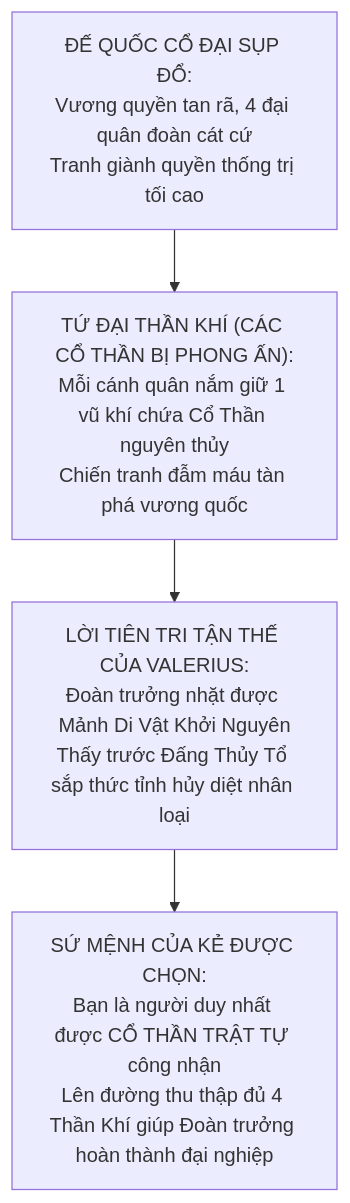
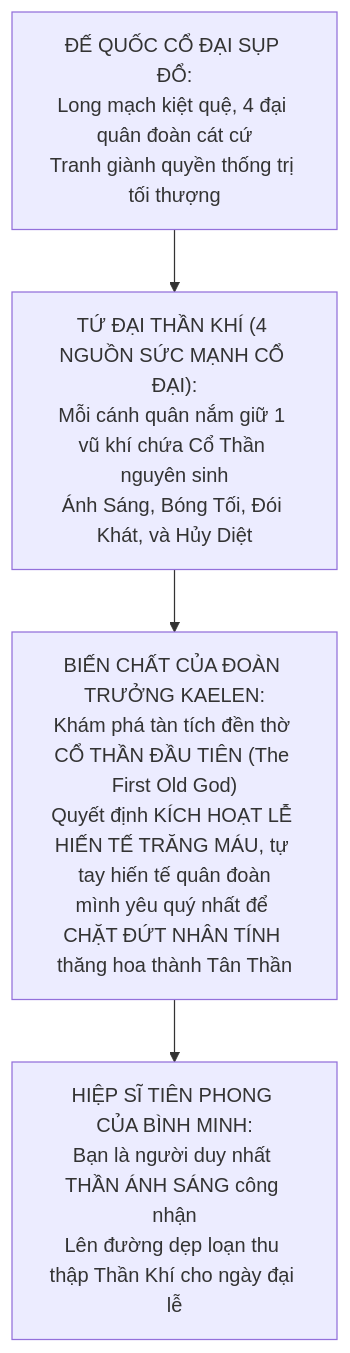
The first of 4 diagrams in KICH_BAN_VA_COT_TRUYEN.md (FPTU-Felix/GODSHACKLE), drawn with Mermaid before and after one commit. The commit also changed other lines of this file and 5 other files, not shown here.

````diff
--- a/KICH_BAN_VA_COT_TRUYEN.md
+++ b/KICH_BAN_VA_COT_TRUYEN.md
@@ -14,7 +14,7 @@
 ```mermaid
 flowchart TD
-    A["ĐẾ QUỐC CỔ ĐẠI SỤP ĐỔ:\nVương quyền tan rã, 4 đại quân đoàn cát cứ\nTranh giành quyền thống trị tối cao"] 
-    --> B["TỨ ĐẠI THẦN KHÍ (CÁC CỔ THẦN BỊ PHONG ẤN):\nMỗi cánh quân nắm giữ 1 vũ khí chứa Cổ Thần nguyên thủy\nChiến tranh đẫm máu tàn phá vương quốc"]
-    B --> C["LỜI TIÊN TRI TẬN THẾ CỦA VALERIUS:\nĐoàn trưởng nhặt được Mảnh Di Vật Khởi Nguyên\nThấy trước Đấng Thủy Tổ sắp thức tỉnh hủy diệt nhân loại"]
-    C --> D["SỨ MỆNH CỦA KẺ ĐƯỢC CHỌN:\nBạn là người duy nhất được CỔ THẦN TRẬT TỰ công nhận\nLên đường thu thập đủ 4 Thần Khí giúp Đoàn trưởng hoàn thành đại nghiệp"]
+    A["ĐẾ QUỐC CỔ ĐẠI SỤP ĐỔ:\nLong mạch kiệt quệ, 4 đại quân đoàn cát cứ\nTranh giành quyền thống trị tối thượng"] 
+    --> B["TỨ ĐẠI THẦN KHÍ (4 NGUỒN SỨC MẠNH CỔ ĐẠI):\nMỗi cánh quân nắm giữ 1 vũ khí chứa Cổ Thần nguyên sinh\nÁnh Sáng, Bóng Tối, Đói Khát, và Hủy Diệt"]
+    B --> C["BIẾN CHẤT CỦA ĐOÀN TRƯỞNG KAELEN:\nKhám phá tàn tích đền thờ CỔ THẦN ĐẦU TIÊN (The First Old God)\nQuyết định KÍCH HOẠT LỄ HIẾN TẾ TRĂNG MÁU, tự tay hiến tế quân đoàn\nmình yêu quý nhất để CHẶT ĐỨT NHÂN TÍNH thăng hoa thành Tân Thần"]
+    C --> D["HIỆP SĨ TIÊN PHONG CỦA BÌNH MINH:\nBạn là người duy nhất THẦN ÁNH SÁNG công nhận\nLên đường dẹp loạn thu thập Thần Khí cho ngày đại lễ"]
 ```
````
